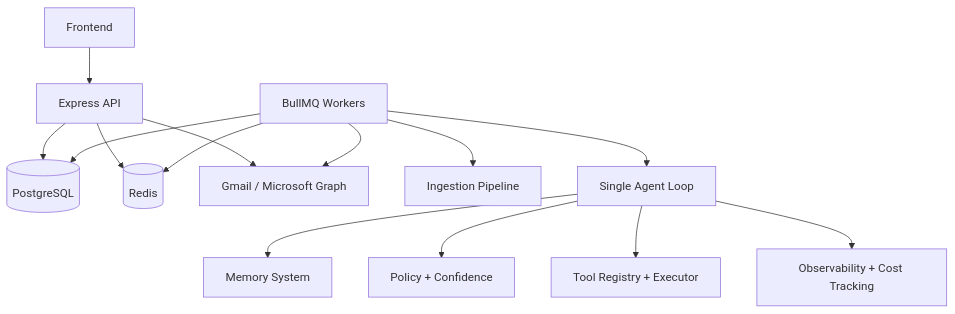
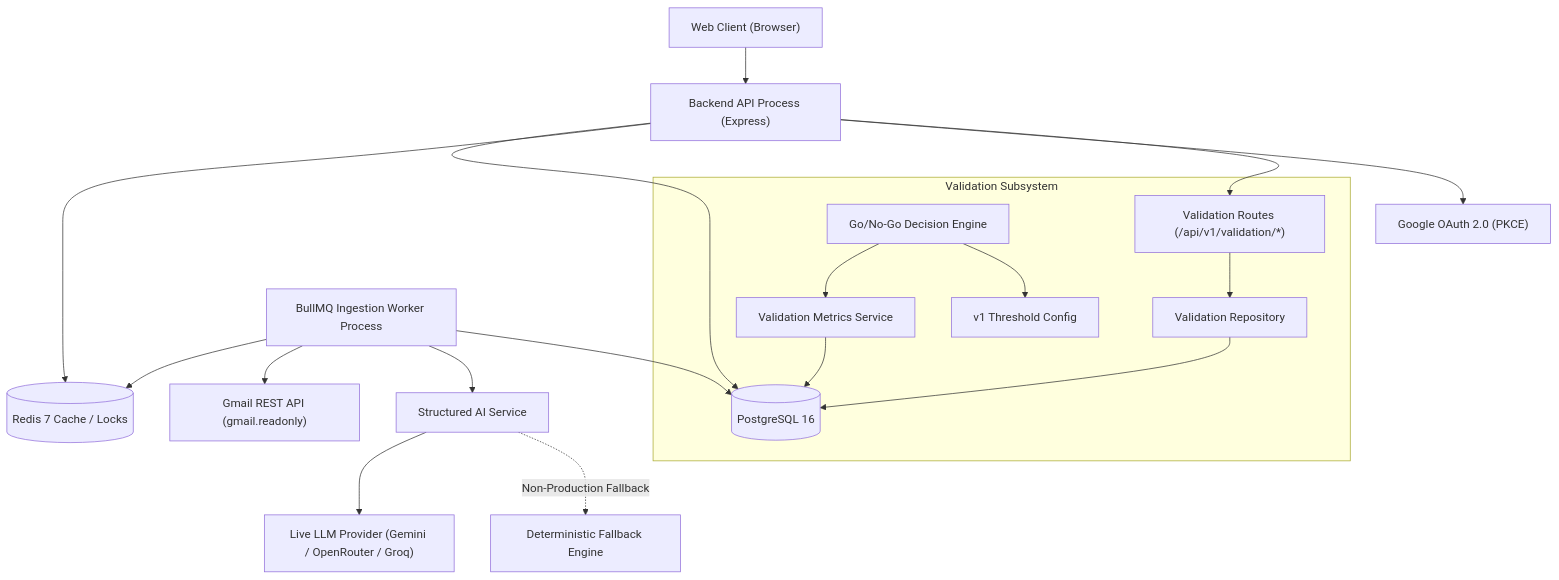
Before and after one commit to Krishnav1237/agentic-mail: the diagram in docs/ARCHITECTURE.md, drawn with Mermaid. The commit also changed other lines of this file and 86 other files, not shown here.

````diff
--- a/docs/ARCHITECTURE.md
+++ b/docs/ARCHITECTURE.md
@@ -85,16 +14,25 @@
 ```mermaid
 graph TD
-  UI["Frontend"] --> API["Express API"]
-  API --> DB[(PostgreSQL)]
-  API --> Redis[(Redis)]
-  API --> Providers["Gmail / Microsoft Graph"]
-  Workers["BullMQ Workers"] --> DB
-  Workers --> Redis
-  Workers --> Providers
-  Workers --> Ingestion["Ingestion Pipeline"]
-  Workers --> Agent["Single Agent Loop"]
-  Agent --> Memory["Memory System"]
-  Agent --> Policy["Policy + Confidence"]
-  Agent --> Tools["Tool Registry + Executor"]
-  Agent --> Obs["Observability + Cost Tracking"]
+  Client["Web Client (Browser)"] --> API["Backend API Process (Express)"]
+  API --> DB[(PostgreSQL 16)]
+  API --> Redis[(Redis 7 Cache / Locks)]
+  API --> Google["Google OAuth 2.0 (PKCE)"]
+
+  Worker["BullMQ Ingestion Worker Process"] --> Redis
+  Worker --> DB
+  Worker --> GmailAPI["Gmail REST API (gmail.readonly)"]
+  Worker --> StructuredAI["Structured AI Service"]
+
+  StructuredAI --> LLMProvider["Live LLM Provider (Gemini / OpenRouter / Groq)"]
+  StructuredAI -. "Non-Production Fallback" .-> FallbackEngine["Deterministic Fallback Engine"]
+
+  subgraph Validation Subsystem
+    ValRoutes["Validation Routes (/api/v1/validation/*)"] --> ValRepo["Validation Repository"]
+    ValRepo --> DB
+    ValMetrics["Validation Metrics Service"] --> DB
+    ValDecision["Go/No-Go Decision Engine"] --> ValMetrics
+    ValDecision --> ThresholdConfig["v1 Threshold Config"]
+  end
+
+  API --> ValRoutes
 ```
````
